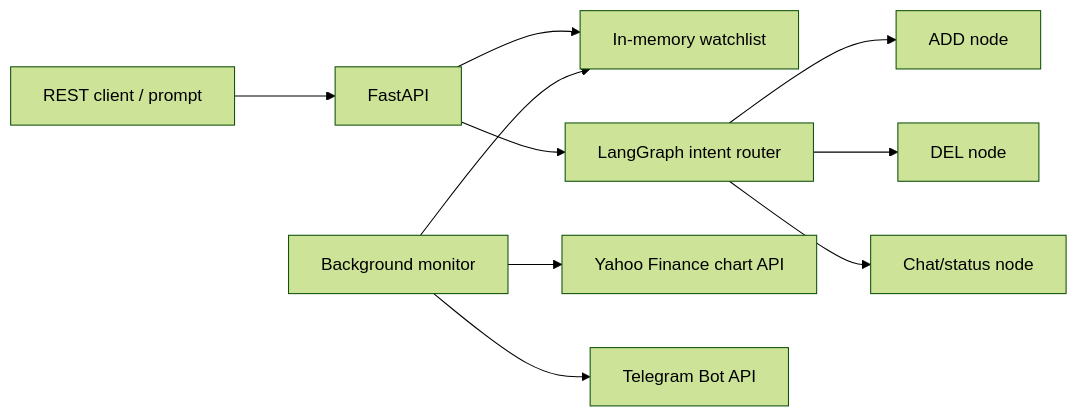
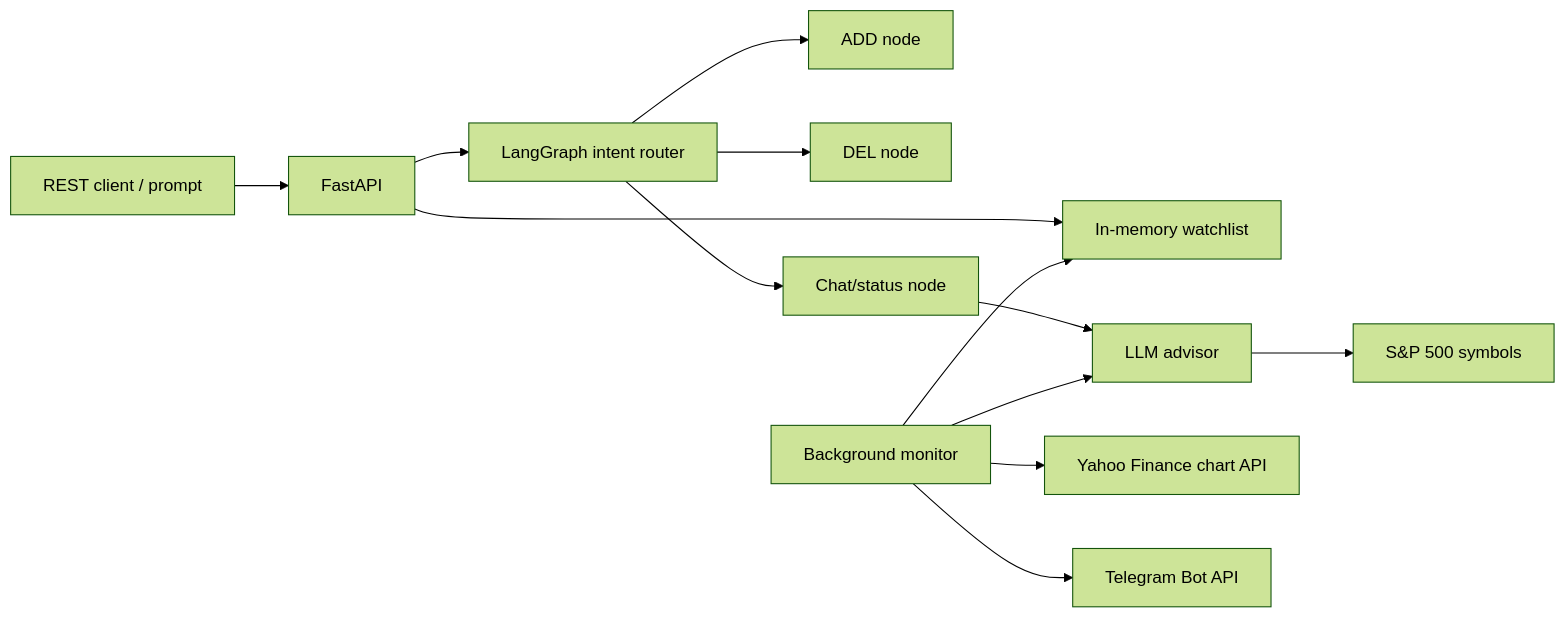
One commit to an00pvijayan/stock_checker changed the diagram in README.md. Above: the diagram before and after it, drawn with Mermaid (forest theme). The commit also changed other lines of this file and 10 other files, not shown here.

````diff
--- a/README.md
+++ b/README.md
@@ -82,12 +140,15 @@
 ```mermaid
 flowchart LR
   Client["REST client / prompt"] --> API["FastAPI"]
   API --> Store["In-memory watchlist"]
   API --> Graph["LangGraph intent router"]
   Graph --> Add["ADD node"]
   Graph --> Del["DEL node"]
   Graph --> Chat["Chat/status node"]
+  Chat --> LLM["LLM advisor"]
   Monitor["Background monitor"] --> Prices["Yahoo Finance chart API"]
   Monitor --> Store
+  Monitor --> LLM
+  LLM --> SP500["S&P 500 symbols"]
   Monitor --> Telegram["Telegram Bot API"]
 ```
````
